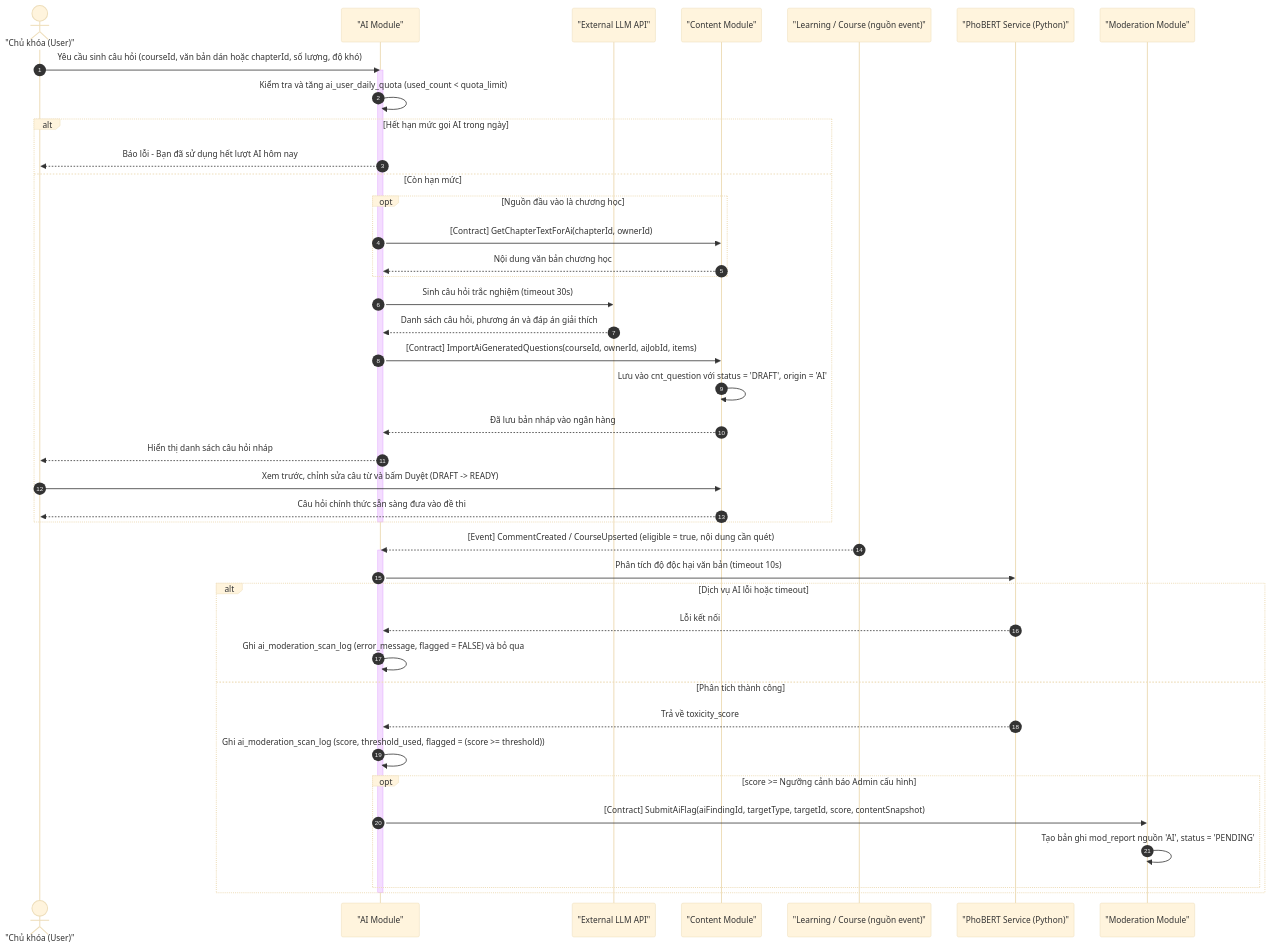
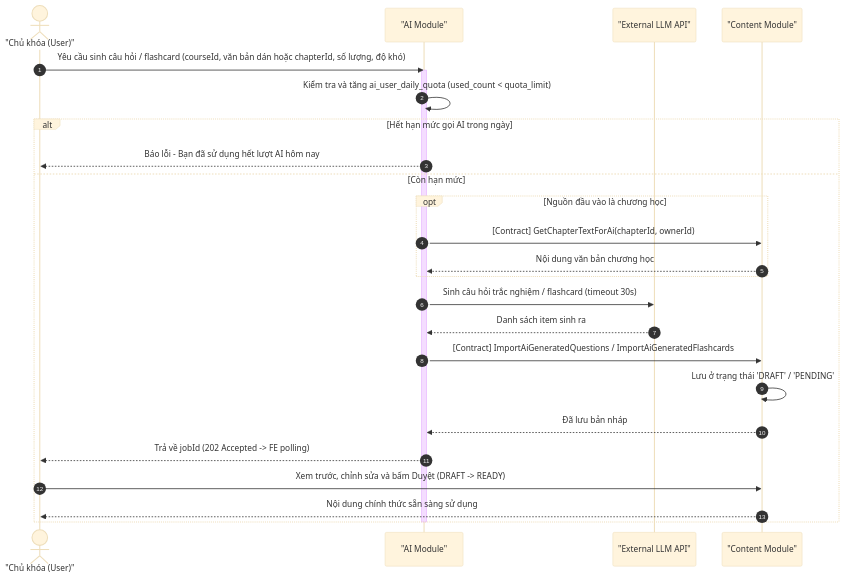
Before and after one commit to buithienbao2402/BrainMemo-ModularMonolith: diagram 11 of 14 in docs/spec/SEQUENCE_DIAGRAMS.md, drawn with Mermaid (base theme). The commit also changed other lines of this file and 112 other files, not shown here.

Commit message:
refactor: cập nhật yêu cầu, thiết kế hệ thống và thêm chức năng

````diff
--- a/docs/spec/SEQUENCE_DIAGRAMS.md
+++ b/docs/spec/SEQUENCE_DIAGRAMS.md
@@ -549,50 +549,29 @@
 ```mermaid
 sequenceDiagram
     autonumber
     actor Owner as "Chủ khóa (User)"
     participant AI as "AI Module"
     participant LLM as "External LLM API"
     participant Content as "Content Module"
-    participant Source as "Learning / Course (nguồn event)"
-    participant PhoBERT as "PhoBERT Service (Python)"
-    participant Moderation as "Moderation Module"
 
-    %% Nhánh 1: Sinh câu hỏi tự động (Human-in-the-loop)
-    Owner->>AI: Yêu cầu sinh câu hỏi (courseId, văn bản dán hoặc chapterId, số lượng, độ khó)
+    Owner->>AI: Yêu cầu sinh câu hỏi / flashcard (courseId, văn bản dán hoặc chapterId, số lượng, độ khó)
     activate AI
     AI->>AI: Kiểm tra và tăng ai_user_daily_quota (used_count < quota_limit)
     alt Hết hạn mức gọi AI trong ngày
         AI-->>Owner: Báo lỗi - Bạn đã sử dụng hết lượt AI hôm nay
     else Còn hạn mức
         opt Nguồn đầu vào là chương học
             AI->>Content: [Contract] GetChapterTextForAi(chapterId, ownerId)
             Content-->>AI: Nội dung văn bản chương học
         end
-        AI->>LLM: Sinh câu hỏi trắc nghiệm (timeout 30s)
-        LLM-->>AI: Danh sách câu hỏi, phương án và đáp án giải thích
-        AI->>Content: [Contract] ImportAiGeneratedQuestions(courseId, ownerId, aiJobId, items)
-        Content->>Content: Lưu vào cnt_question với status = 'DRAFT', origin = 'AI'
-        Content-->>AI: Đã lưu bản nháp vào ngân hàng
-        AI-->>Owner: Hiển thị danh sách câu hỏi nháp
-        Owner->>Content: Xem trước, chỉnh sửa câu từ và bấm Duyệt (DRAFT -> READY)
-        Content-->>Owner: Câu hỏi chính thức sẵn sàng đưa vào đề thi
-    end
-    deactivate AI
-
-    %% Nhánh 2: Quét kiểm duyệt độc hại ngầm bằng PhoBERT (chạy sau lưu, không chặn người dùng)
-    Source-->>AI: [Event] CommentCreated / CourseUpserted (eligible = true, nội dung cần quét)
-    activate AI
-    AI->>PhoBERT: Phân tích độ độc hại văn bản (timeout 10s)
-    alt Dịch vụ AI lỗi hoặc timeout
-        PhoBERT-->>AI: Lỗi kết nối
-        AI->>AI: Ghi ai_moderation_scan_log (error_message, flagged = FALSE) và bỏ qua
-    else Phân tích thành công
-        PhoBERT-->>AI: Trả về toxicity_score
-        AI->>AI: Ghi ai_moderation_scan_log (score, threshold_used, flagged = (score >= threshold))
-        opt score  >=  Ngưỡng cảnh báo Admin cấu hình
-            AI->>Moderation: [Contract] SubmitAiFlag(aiFindingId, targetType, targetId, score, contentSnapshot)
-            Moderation->>Moderation: Tạo bản ghi mod_report nguồn 'AI', status = 'PENDING'
-        end
+        AI->>LLM: Sinh câu hỏi trắc nghiệm / flashcard (timeout 30s)
+        LLM-->>AI: Danh sách item sinh ra
+        AI->>Content: [Contract] ImportAiGeneratedQuestions / ImportAiGeneratedFlashcards
+        Content->>Content: Lưu ở trạng thái 'DRAFT' / 'PENDING'
+        Content-->>AI: Đã lưu bản nháp
+        AI-->>Owner: Trả về jobId (202 Accepted -> FE polling)
+        Owner->>Content: Xem trước, chỉnh sửa và bấm Duyệt (DRAFT -> READY)
+        Content-->>Owner: Nội dung chính thức sẵn sàng sử dụng
     end
     deactivate AI
 ```
````
